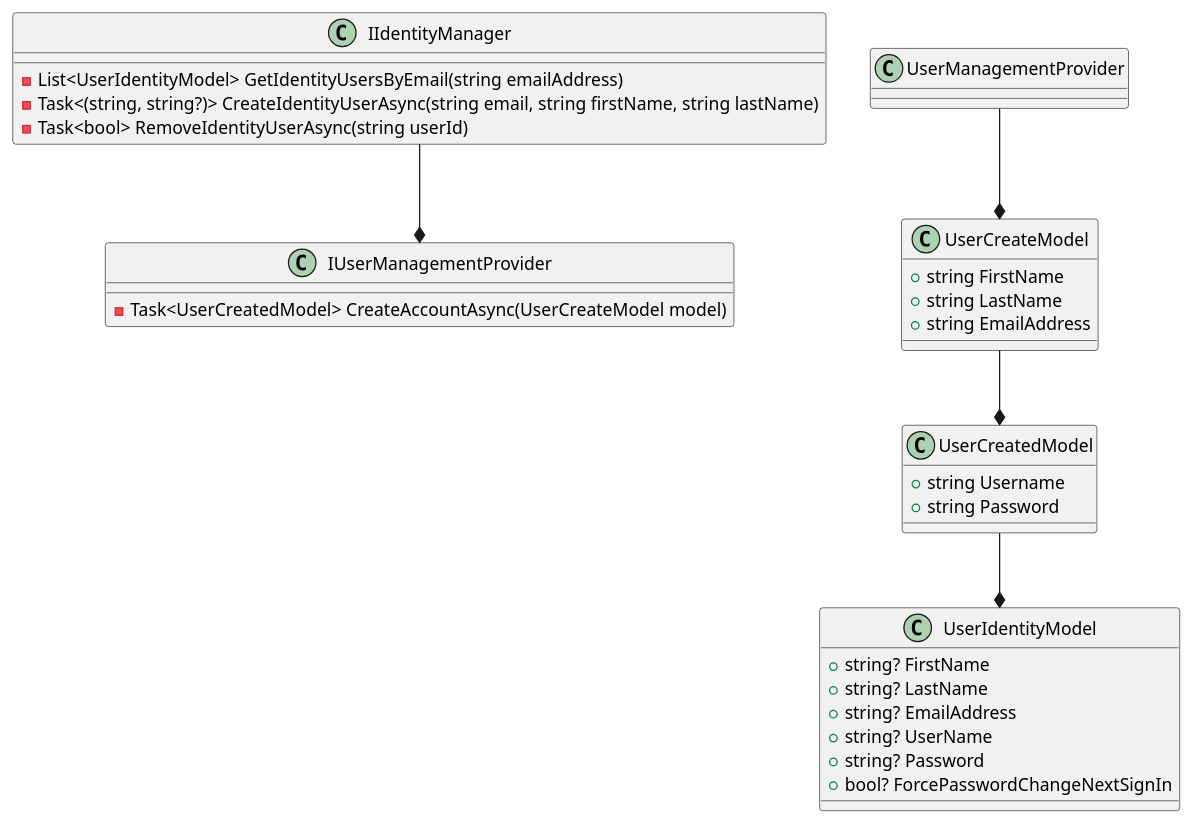
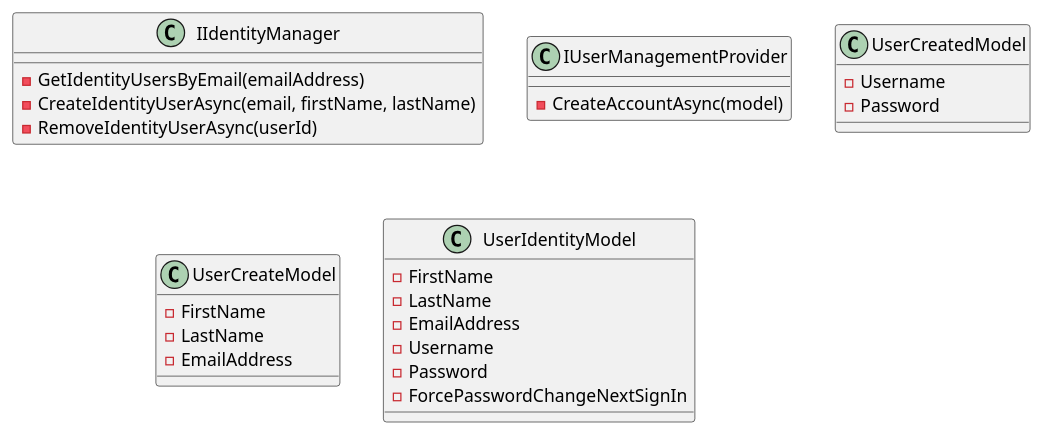
Before and after one commit to mwwhited-forks/dotnet-libs: the first of 3 diagrams in docs/generated/Framework/Eliassen.Identity.Abstractions/Documentation.md, drawn with PlantUML. The commit also changed other lines of this file and 444 other files, not shown here.

````diff
--- a/docs/generated/Framework/Eliassen.Identity.Abstractions/Documentation.md
+++ b/docs/generated/Framework/Eliassen.Identity.Abstractions/Documentation.md
@@ -4,39 +7,33 @@
 ```plantuml
 @startuml
 class IIdentityManager {
-  - List<UserIdentityModel> GetIdentityUsersByEmail(string emailAddress)
-  - Task<(string, string?)> CreateIdentityUserAsync(string email, string firstName, string lastName)
-  - Task<bool> RemoveIdentityUserAsync(string userId)
+  - GetIdentityUsersByEmail(emailAddress)
+  - CreateIdentityUserAsync(email, firstName, lastName)
+  - RemoveIdentityUserAsync(userId)
 }
 
 class IUserManagementProvider {
-  - Task<UserCreatedModel> CreateAccountAsync(UserCreateModel model)
+  - CreateAccountAsync(model)
 }
 
 class UserCreatedModel {
-  +string Username
-  +string Password
+  - Username
+  - Password
 }
 
 class UserCreateModel {
-  +string FirstName
-  +string LastName
-  +string EmailAddress
+  - FirstName
+  - LastName
+  - EmailAddress
 }
 
 class UserIdentityModel {
-  +string? FirstName
-  +string? LastName
-  +string? EmailAddress
-  +string? UserName
-  +string? Password
-  +bool? ForcePasswordChangeNextSignIn
+  - FirstName
+  - LastName
+  - EmailAddress
+  - Username
+  - Password
+  - ForcePasswordChangeNextSignIn
 }
-
-IIdentityManager --* IUserManagementProvider
-UserManagementProvider --* UserCreateModel
-UserCreateModel --* UserCreatedModel
-UserCreatedModel --* UserIdentityModel
-
 @enduml
 ```
````
